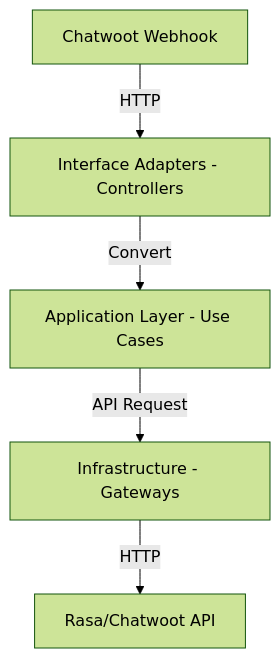
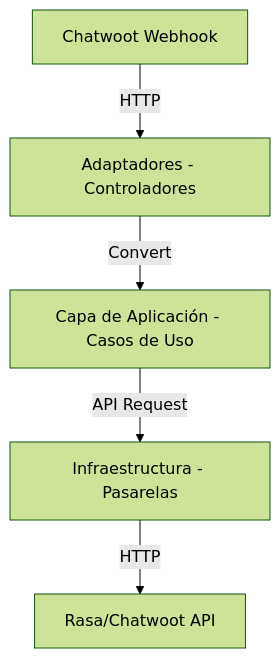
The diagram in docs/DESIGN.md (AgustinMadygraf/rasa-chatwoot-bridge), drawn with Mermaid (forest theme) before and after one commit. The commit also changed other lines of this file and 2 other files, not shown here.

````diff
--- a/docs/DESIGN.md
+++ b/docs/DESIGN.md
@@ -6,7 +6,7 @@
 ```mermaid
 graph TD
-    A[Chatwoot Webhook] -->|HTTP| B[Interface Adapters - Controllers]
-    B -->|Convert| C[Application Layer - Use Cases]
-    C -->|API Request| D[Infrastructure - Gateways]
+    A[Chatwoot Webhook] -->|HTTP| B[Adaptadores - Controladores]
+    B -->|Convert| C[Capa de Aplicación - Casos de Uso]
+    C -->|API Request| D[Infraestructura - Pasarelas]
     D -->|HTTP| E[Rasa/Chatwoot API]
 ```
````
